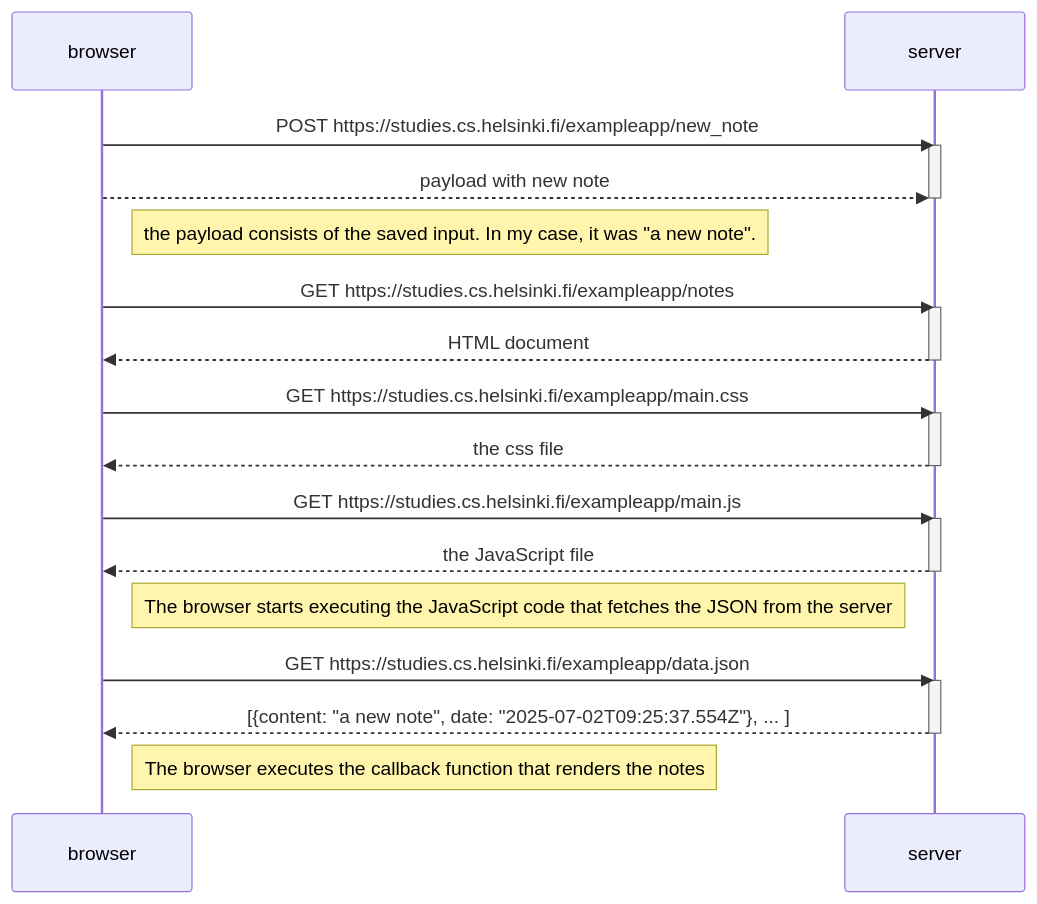
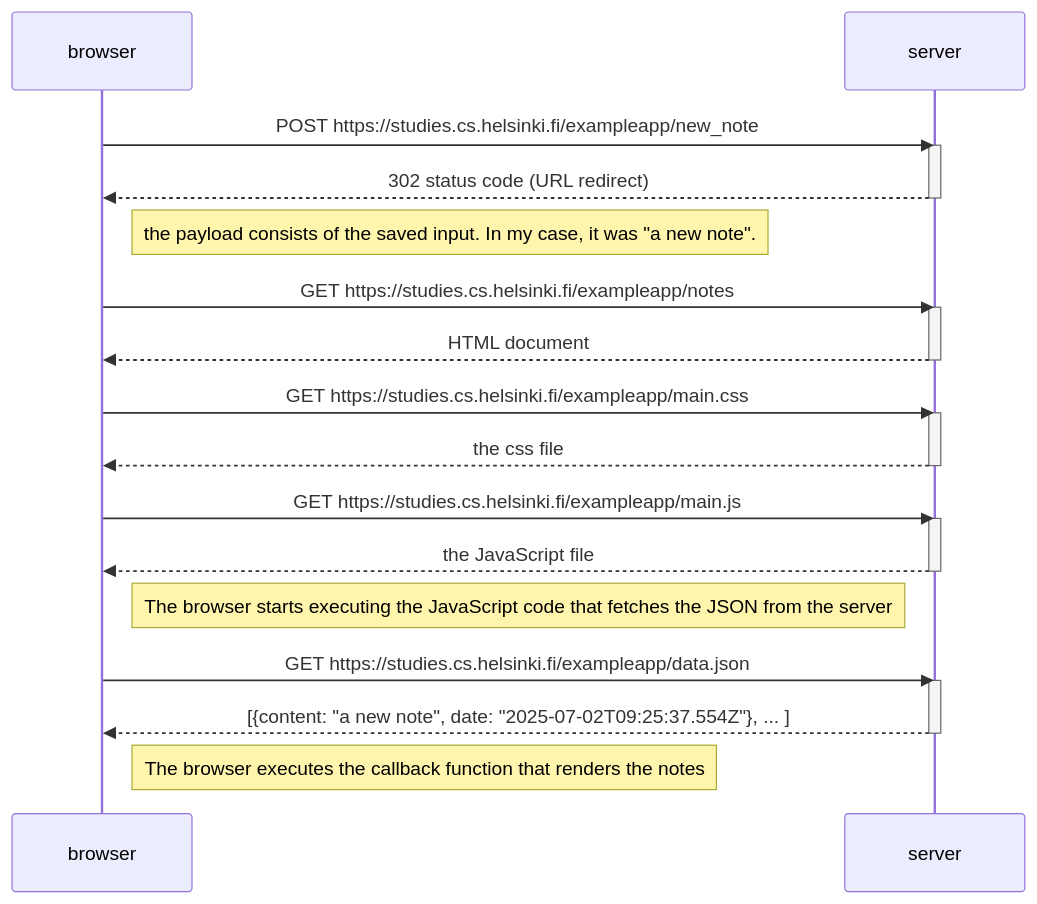
Before and after one commit to FjjDessoyCaraballo/fullStackOpen: the diagram in part0/0.4.md, drawn with Mermaid. The commit also changed 2 other files, not shown here.

Commit message:
feat: part 0 done

````diff
--- a/part0/0.4.md
+++ b/part0/0.4.md
@@ -1,36 +1,36 @@
 ```mermaid
 sequenceDiagram
     participant browser
     participant server
 
     browser->>server: POST https://studies.cs.helsinki.fi/exampleapp/new_note
     activate server
-    browser-->>server: payload with new note
+    server-->>browser: 302 status code (URL redirect)
     deactivate server
 
     Note right of browser: the payload consists of the saved input. In my case, it was "a new note".
 
     browser->>server: GET https://studies.cs.helsinki.fi/exampleapp/notes
     activate server
     server-->>browser: HTML document
     deactivate server
 
     browser->>server: GET https://studies.cs.helsinki.fi/exampleapp/main.css
     activate server
     server-->>browser: the css file
     deactivate server
 
     browser->>server: GET https://studies.cs.helsinki.fi/exampleapp/main.js
     activate server
     server-->>browser: the JavaScript file
     deactivate server
 
     Note right of browser: The browser starts executing the JavaScript code that fetches the JSON from the server
 
     browser->>server: GET https://studies.cs.helsinki.fi/exampleapp/data.json
     activate server
     server-->>browser: [{content: "a new note", date: "2025-07-02T09:25:37.554Z"}, ... ]
     deactivate server
 
     Note right of browser: The browser executes the callback function that renders the notes
 ```
````
